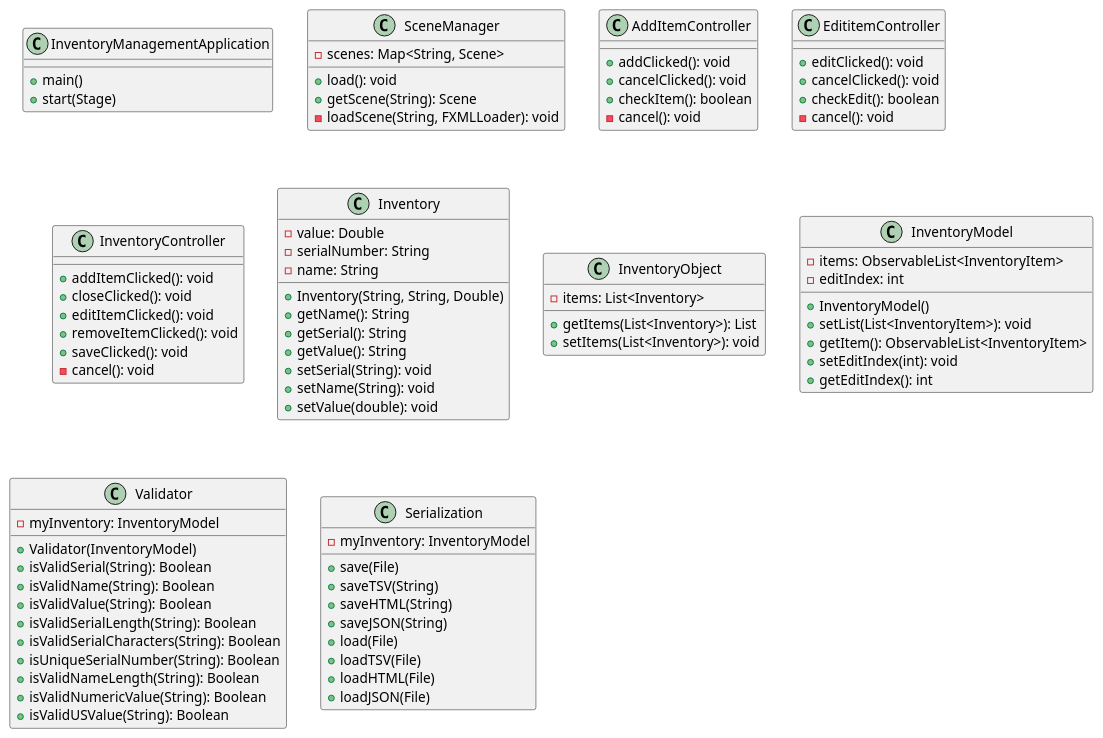
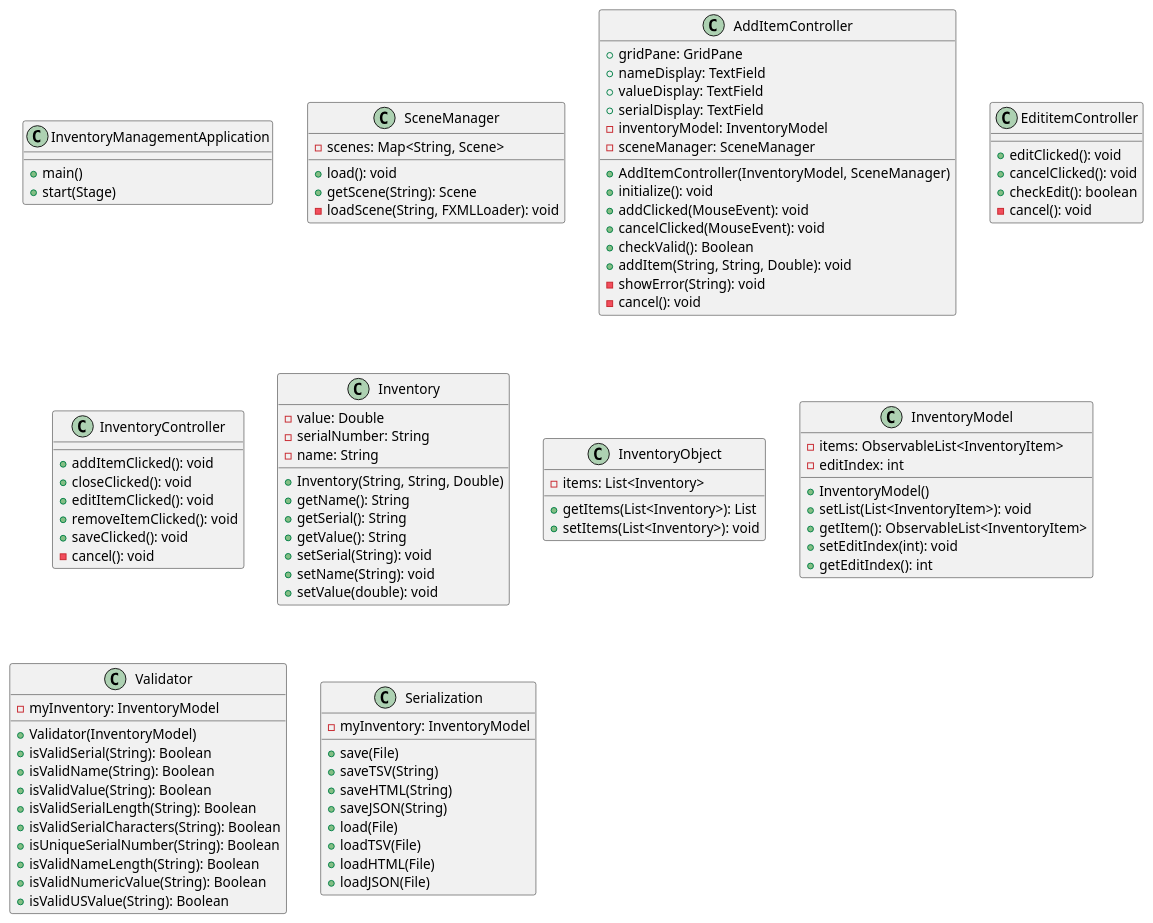
Before and after one commit to mathdude3482/Jaro-app2: the diagram in Jaro-app2/docs/diagram.puml, drawn with PlantUML. The commit also changed 2 other files, not shown here.

Commit message:
Updated SceneManager and implemented logic for the AddItemController. Modified the UML diagram as needed.

```diff
--- a/Jaro-app2/docs/diagram.puml
+++ b/Jaro-app2/docs/diagram.puml
@@ -1,84 +1,94 @@
 @startuml
 class InventoryManagementApplication{
 +main()
 +start(Stage)
 }
 class SceneManager {
     - scenes: Map<String, Scene>
     + load(): void
     + getScene(String): Scene
     - loadScene(String, FXMLLoader): void
 }
 class AddItemController{
-+ addClicked(): void
-+ cancelClicked(): void
-+ checkItem(): boolean
-- cancel(): void
+    + gridPane: GridPane
+    + nameDisplay: TextField
+    + valueDisplay: TextField
+    + serialDisplay: TextField
+    - inventoryModel: InventoryModel
+    - sceneManager: SceneManager
+    + AddItemController(InventoryModel, SceneManager)
+    + initialize(): void
+    + addClicked(MouseEvent): void
+    + cancelClicked(MouseEvent): void
+    + checkValid(): Boolean
+    + addItem(String, String, Double): void
+    - showError(String): void
+    - cancel(): void
 }
 class EdititemController{
 + editClicked(): void
 + cancelClicked(): void
 + checkEdit(): boolean
 - cancel(): void
 }
 
 class InventoryController{
 + addItemClicked(): void
 + closeClicked(): void
 + editItemClicked(): void
 + removeItemClicked(): void
 + saveClicked(): void
 - cancel(): void
 }
 class Inventory{
  - value: Double
  - serialNumber: String
  - name: String
  + Inventory(String, String, Double)
 + getName(): String
 + getSerial(): String
 + getValue(): String
 + setSerial(String): void
 + setName(String): void
 + setValue(double): void
 }
 class InventoryObject{
 - items: List<Inventory>
 + getItems(List<Inventory>): List
 + setItems(List<Inventory>): void
 }
 class InventoryModel{
     - items: ObservableList<InventoryItem>
     - editIndex: int
     + InventoryModel()
     + setList(List<InventoryItem>): void
     + getItem(): ObservableList<InventoryItem>
     + setEditIndex(int): void
     + getEditIndex(): int
 }
 class Validator{
     - myInventory: InventoryModel
     + Validator(InventoryModel)
     + isValidSerial(String): Boolean
     + isValidName(String): Boolean
     + isValidValue(String): Boolean
     + isValidSerialLength(String): Boolean
     + isValidSerialCharacters(String): Boolean
     + isUniqueSerialNumber(String): Boolean
     + isValidNameLength(String): Boolean
     + isValidNumericValue(String): Boolean
     + isValidUSValue(String): Boolean
 }
 class Serialization {
     - myInventory: InventoryModel
     + save(File)
     + saveTSV(String)
     + saveHTML(String)
     + saveJSON(String)
     + load(File)
     + loadTSV(File)
     + loadHTML(File)
     + loadJSON(File)
 }
 
 @enduml
```
